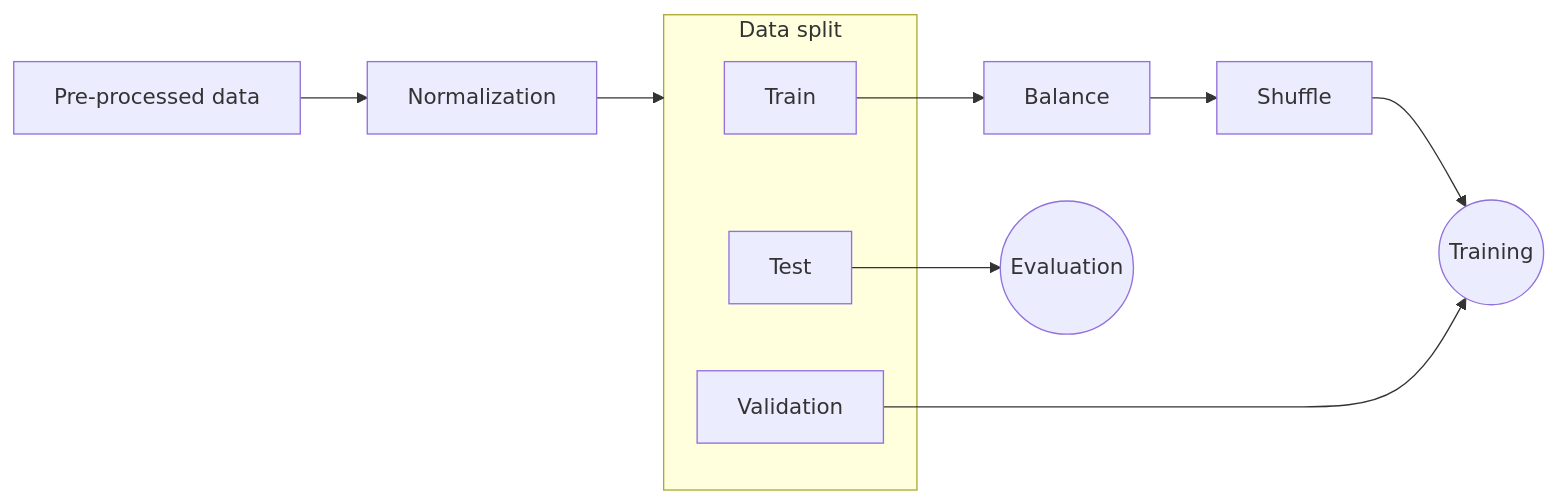
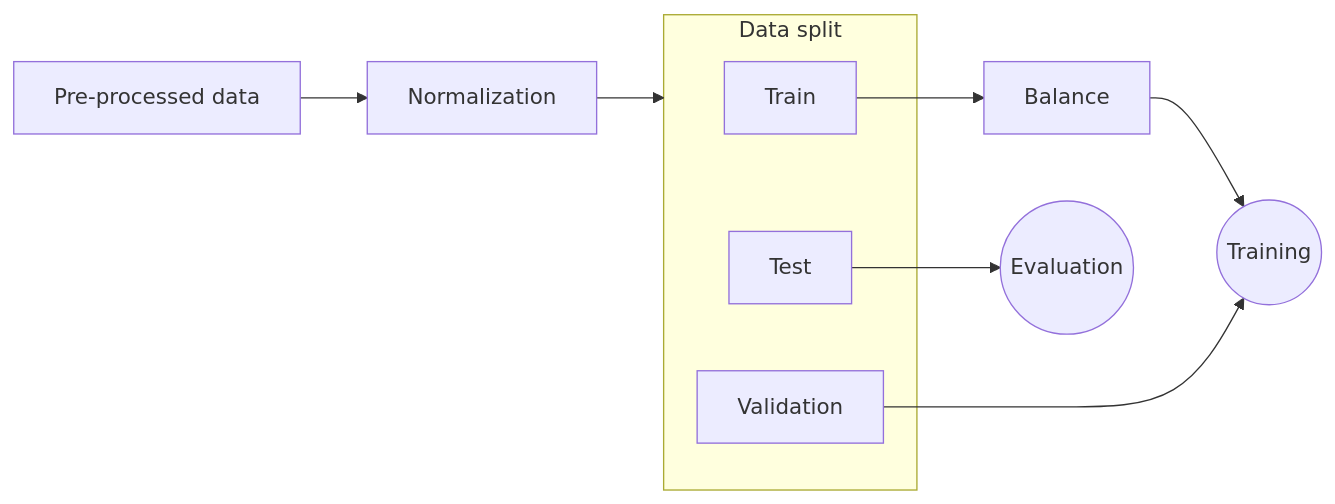
One commit to luizantoniona/eeg-epileptic-seizure-detection changed the third of 3 diagrams in README.md. Above: the diagram before and after it, drawn with Mermaid. The commit also changed other lines of this file, not shown here.

Commit message:
doc: add spectrogram and remove unused chart node

````diff
--- a/README.md
+++ b/README.md
@@ -108,21 +110,19 @@
 ```mermaid
    flowchart LR
    A[Pre-processed data]
    B[Normalization]
    A-->B
    B-->C
    subgraph C [Data split]
    D[Train]
    E[Validation]
    F[Test]
    end
    G[Balance]
-   H[Shuffle]
    D-->G
-   G-->H
+   G-->I
    I((Training))
    J((Evaluation))
-   H-->I
    E-->I
    F-->J
 ```
````
